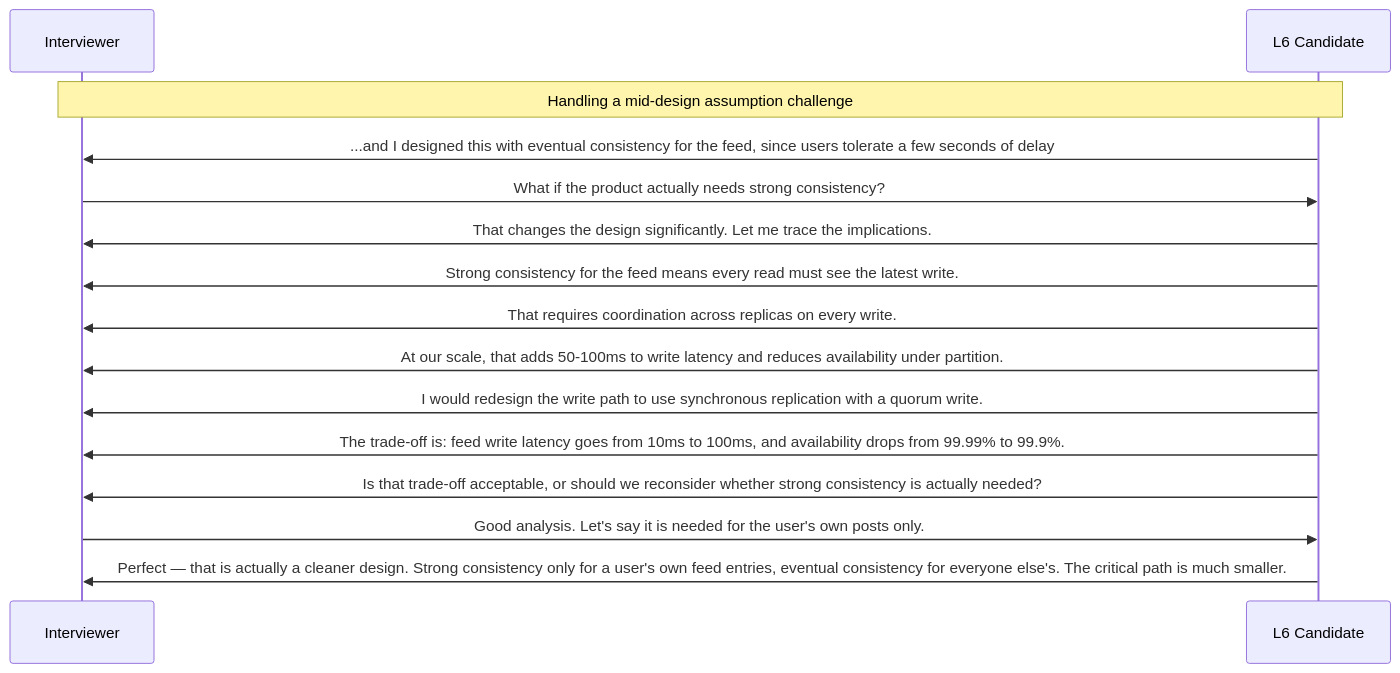
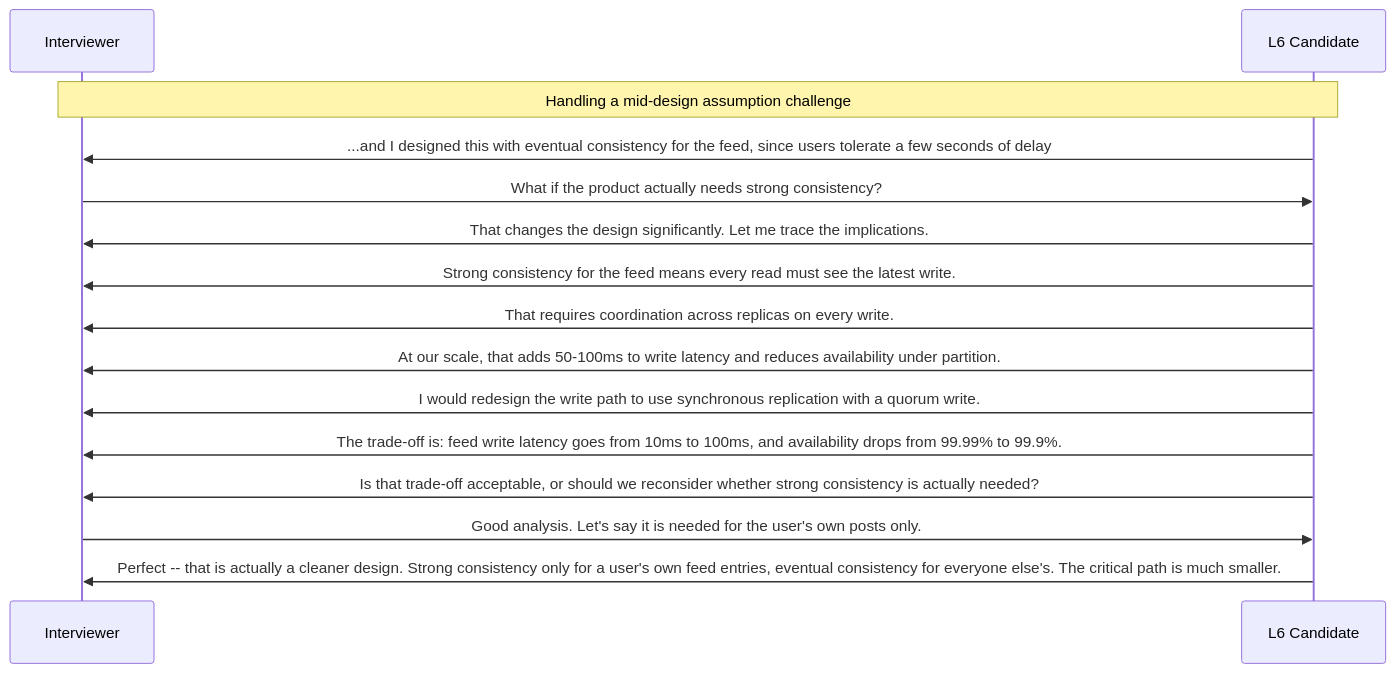
Before and after one commit to ranjeetnegi/System-Design-for-Staff-SWE: the sixth of 10 diagrams in Section1/Chapter_10_Staff_Engineer_Mindset_Designing_Under_Ambiguity.md, drawn with Mermaid. The commit also changed other lines of this file and 11 other files, not shown here.

````diff
--- a/Section1/Chapter_10_Staff_Engineer_Mindset_Designing_Under_Ambiguity.md
+++ b/Section1/Chapter_10_Staff_Engineer_Mindset_Designing_Under_Ambiguity.md
@@ -1294,19 +1294,19 @@
 ```mermaid
 sequenceDiagram
     participant I as Interviewer
     participant C as L6 Candidate
 
     Note over I,C: Handling a mid-design assumption challenge
 
     C->>I: ...and I designed this with eventual consistency for the feed, since users tolerate a few seconds of delay
     I->>C: What if the product actually needs strong consistency?
     C->>I: That changes the design significantly. Let me trace the implications.
     C->>I: Strong consistency for the feed means every read must see the latest write.
     C->>I: That requires coordination across replicas on every write.
     C->>I: At our scale, that adds 50-100ms to write latency and reduces availability under partition.
     C->>I: I would redesign the write path to use synchronous replication with a quorum write.
     C->>I: The trade-off is: feed write latency goes from 10ms to 100ms, and availability drops from 99.99% to 99.9%.
     C->>I: Is that trade-off acceptable, or should we reconsider whether strong consistency is actually needed?
     I->>C: Good analysis. Let's say it is needed for the user's own posts only.
-    C->>I: Perfect — that is actually a cleaner design. Strong consistency only for a user's own feed entries, eventual consistency for everyone else's. The critical path is much smaller.
+    C->>I: Perfect -- that is actually a cleaner design. Strong consistency only for a user's own feed entries, eventual consistency for everyone else's. The critical path is much smaller.
 ```
````
